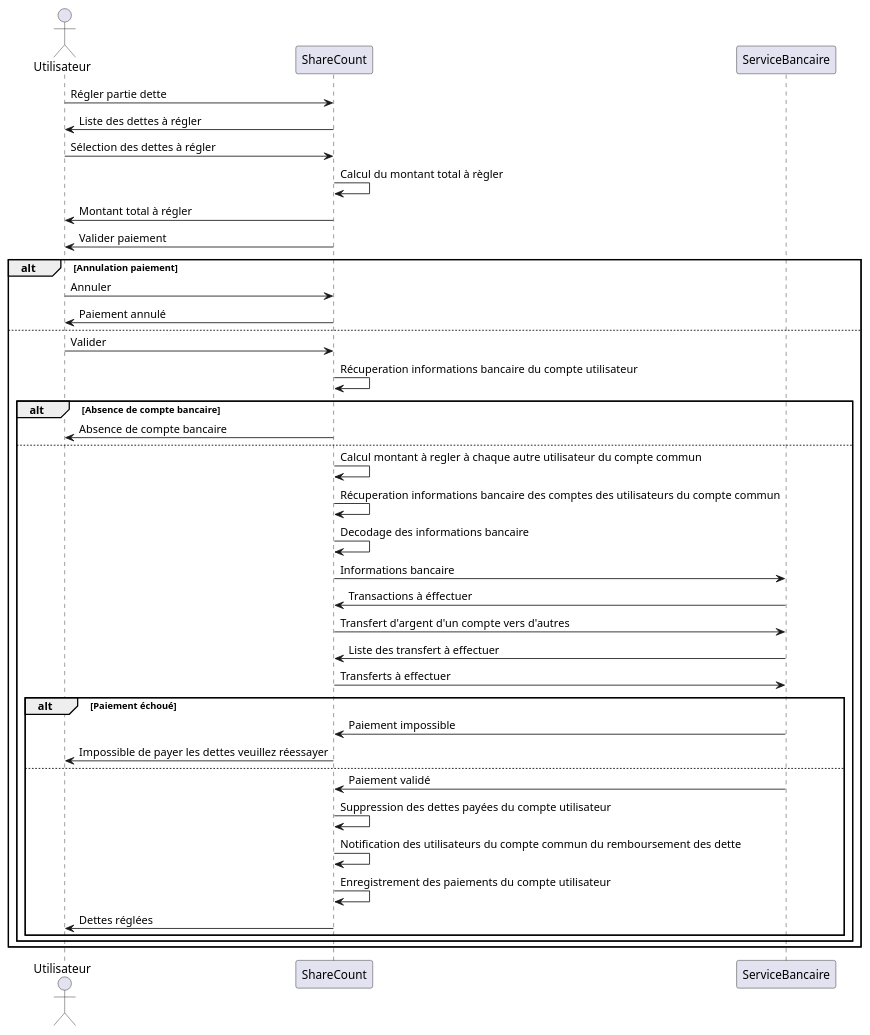
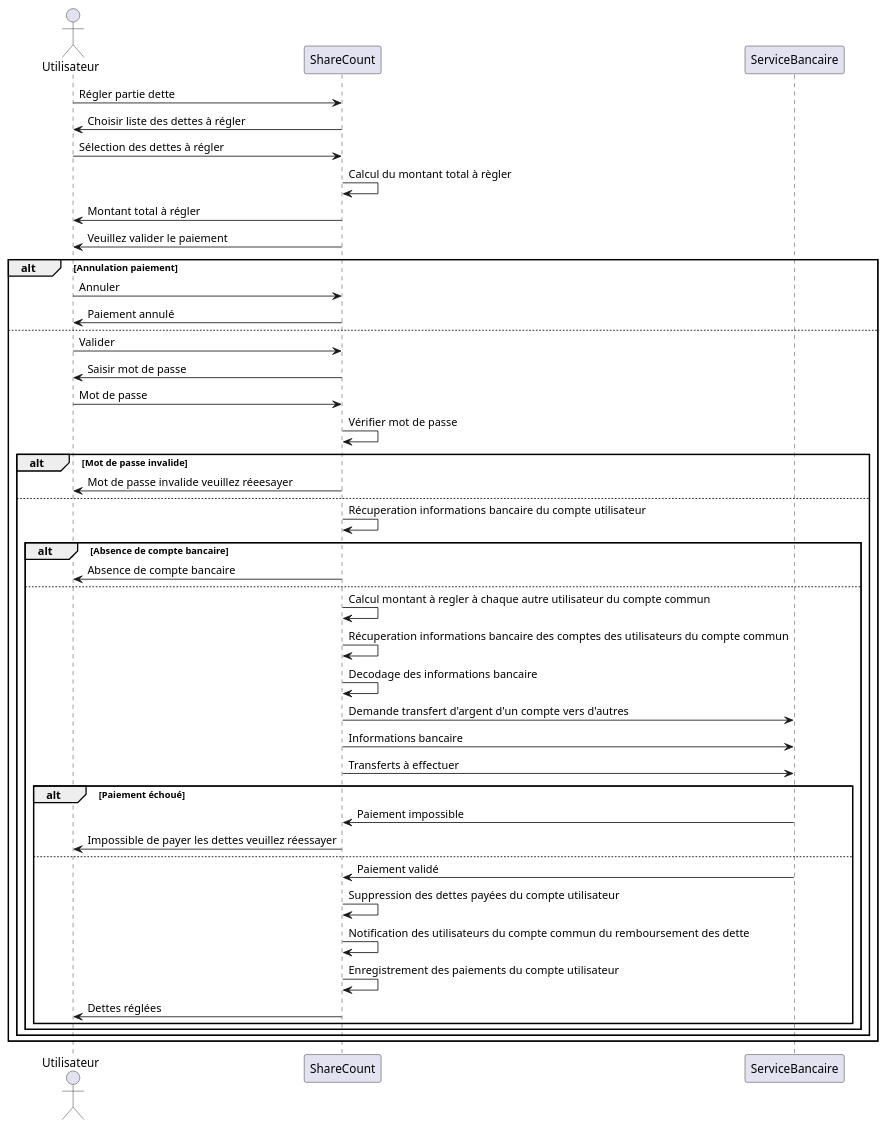
The diagram in diagrammes/specification/sequence/regler-partie-dette.puml (lmtb06/sharecount), drawn with PlantUML before and after one commit. The commit also changed 4 other files, not shown here.

Commit message:
correction diagrammes

```diff
--- a/diagrammes/specification/sequence/regler-partie-dette.puml
+++ b/diagrammes/specification/sequence/regler-partie-dette.puml
@@ -1,44 +1,49 @@
 @startuml "Régler une partie de sa dette envers quelqu’un"
 
 actor Utilisateur as u
 participant ShareCount as sc
 participant ServiceBancaire as sb
 
 u 	-> 	sc : Régler partie dette
-u		<- 	sc : Liste des dettes à régler
+u		<- 	sc : Choisir liste des dettes à régler
 u		-> 	sc : Sélection des dettes à régler
 sc 	->	sc : Calcul du montant total à règler
 u 	<-	sc : Montant total à régler
-u 	<-	sc : Valider paiement
+u 	<-	sc : Veuillez valider le paiement
 alt Annulation paiement
 u 	->	sc : Annuler
 u 	<-	sc : Paiement annulé
 else
 u 	->	sc : Valider
+u 	<- 	sc : Saisir mot de passe
+u 	-> 	sc : Mot de passe
+sc 	-> 	sc : Vérifier mot de passe
+alt Mot de passe invalide
+u 	<- 	sc : Mot de passe invalide veuillez réeesayer
+else
 sc 	-> 	sc : Récuperation informations bancaire du compte utilisateur
 alt Absence de compte bancaire
 sc 	-> u : Absence de compte bancaire
 else
 sc 	->	sc : Calcul montant à regler à chaque autre utilisateur du compte commun
 sc 	-> 	sc : Récuperation informations bancaire des comptes des utilisateurs du compte commun
 sc 	-> 	sc : Decodage des informations bancaire
+sc 	->	sb : Demande transfert d'argent d'un compte vers d'autres
 sc 	-> 	sb : Informations bancaire
-sc 	<- 	sb : Transactions à éffectuer
-sc 	->	sb : Transfert d'argent d'un compte vers d'autres
-sc 	<-	sb : Liste des transfert à effectuer
 sc 	->	sb : Transferts à effectuer
 alt Paiement échoué
 sc 	<-	sb : Paiement impossible
 u 	<-	sc : Impossible de payer les dettes veuillez réessayer
 else
 sc 	<-	sb : Paiement validé
 sc 	->	sc : Suppression des dettes payées du compte utilisateur
 sc 	-> 	sc : Notification des utilisateurs du compte commun du remboursement des dette
 sc 	->	sc : Enregistrement des paiements du compte utilisateur
 u 	<-	sc : Dettes réglées
 end
 end
 end
+end
 
 
 @enduml
```
